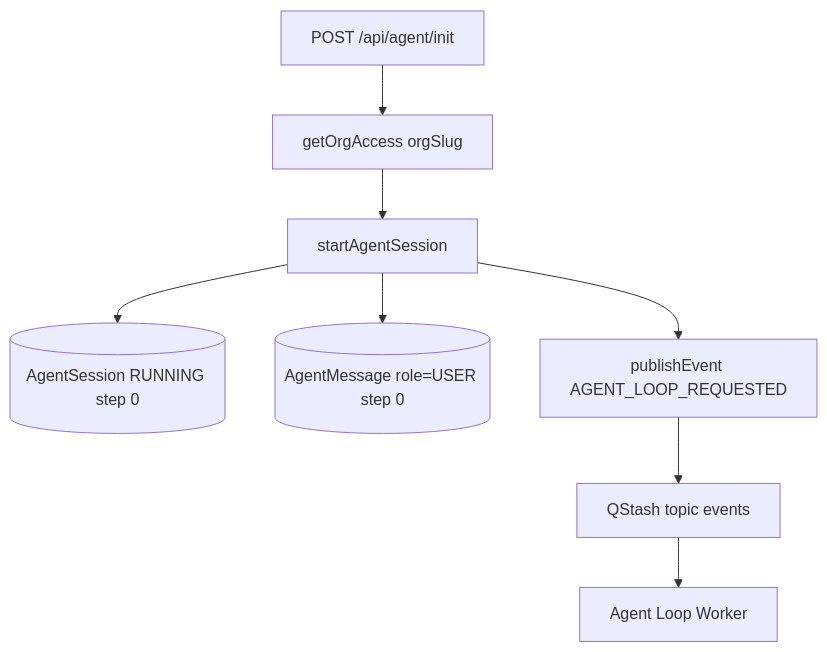
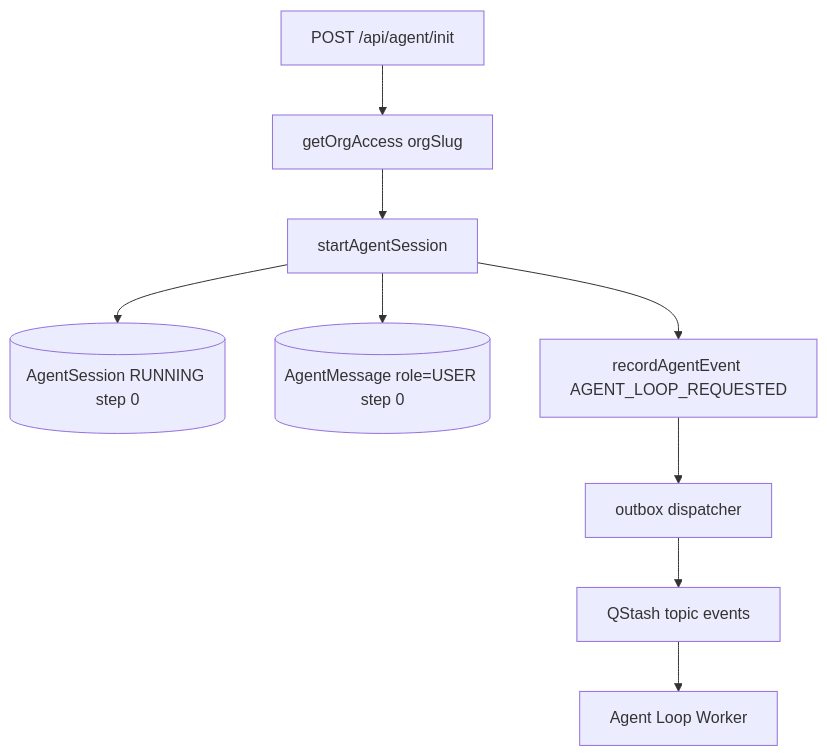
One commit to Mayur11code/Forge changed the first of 7 diagrams in forge/docs/architecture/agent/runtime.md. Above: the diagram before and after it, drawn with Mermaid. The commit also changed other lines of this file and 1 other file, not shown here.

First line of the commit message:
docs(agent): document the outbox, approval expiry and recovery gaps

````diff
--- a/forge/docs/architecture/agent/runtime.md
+++ b/forge/docs/architecture/agent/runtime.md
@@ -11,10 +11,11 @@
 ```mermaid
 flowchart TD
     C[POST /api/agent/init] --> A[getOrgAccess orgSlug]
     A --> O[startAgentSession]
     O --> S[(AgentSession RUNNING step 0)]
     O --> M[(AgentMessage role=USER step 0)]
-    O --> E[publishEvent AGENT_LOOP_REQUESTED]
-    E --> Q[QStash topic events]
+    O --> E[recordAgentEvent AGENT_LOOP_REQUESTED]
+    E --> D[outbox dispatcher]
+    D --> Q[QStash topic events]
     Q --> W[Agent Loop Worker]
 ```
````
